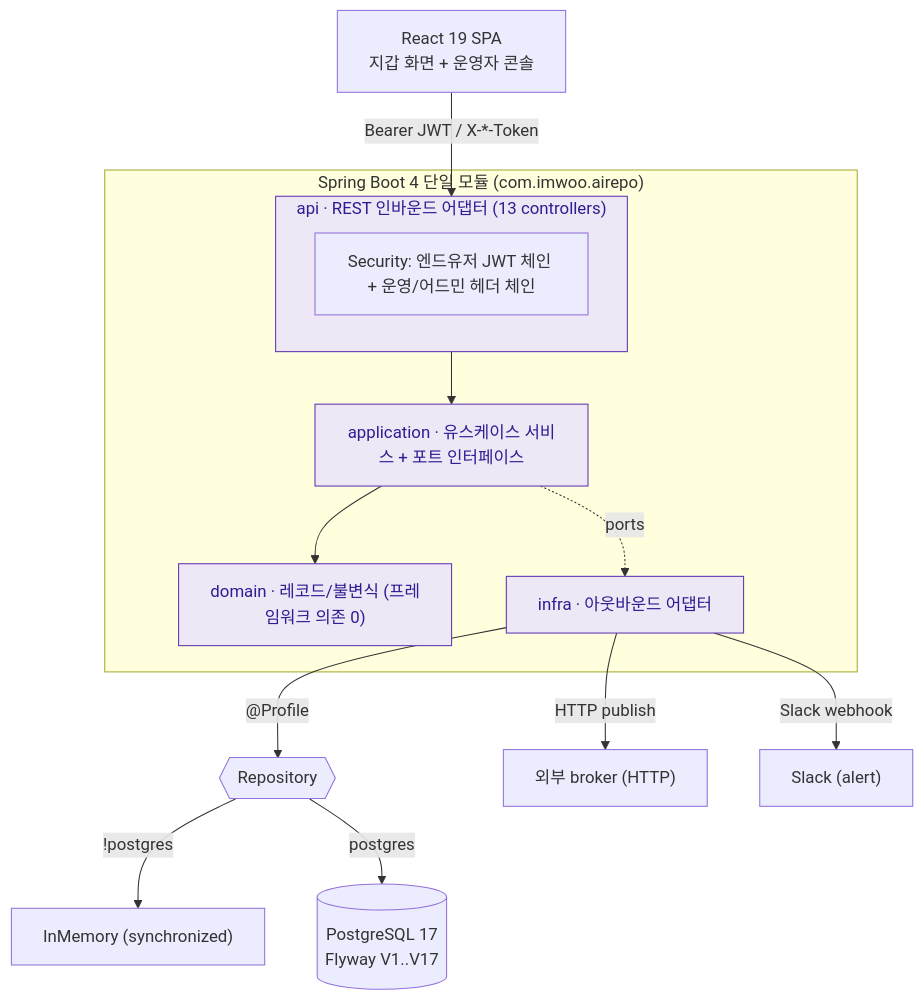
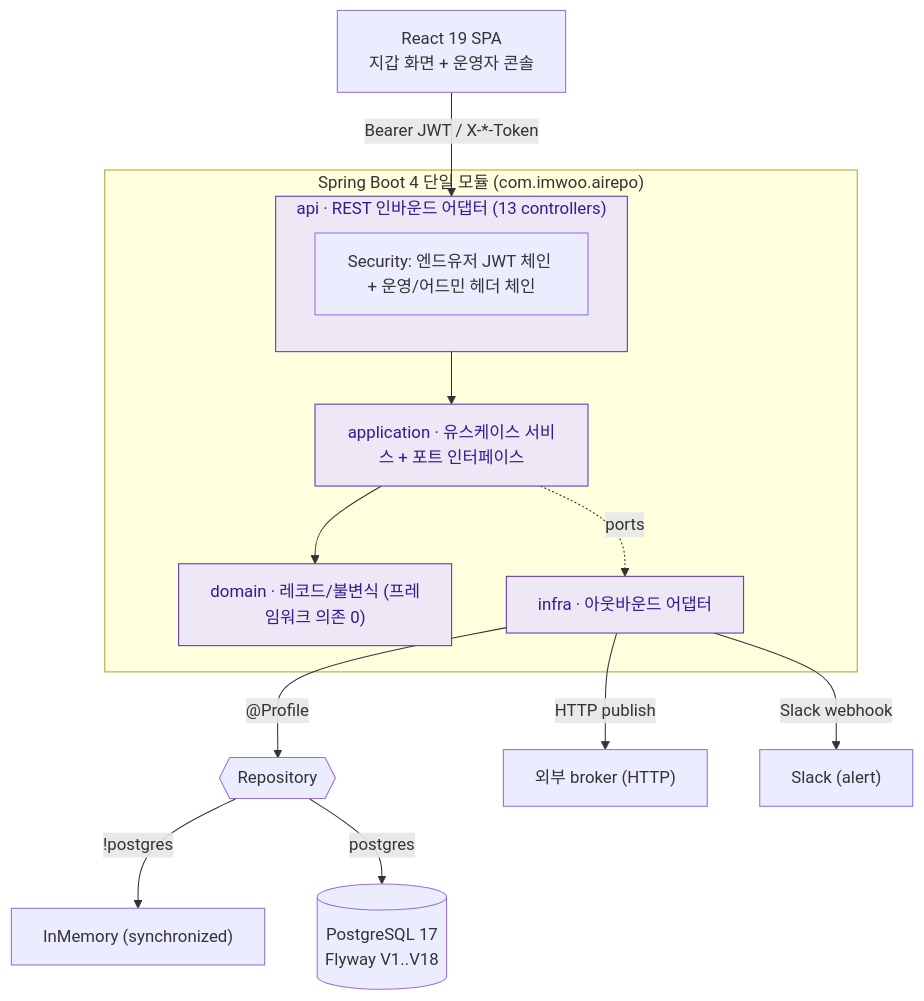
The first of 4 diagrams in docs/ARCHITECTURE.md (IMWoo94/ai-repo), drawn with Mermaid before and after one commit. The commit also changed other lines of this file and 6 other files, not shown here.

````diff
--- a/docs/ARCHITECTURE.md
+++ b/docs/ARCHITECTURE.md
@@ -7,25 +7,25 @@
 ```mermaid
 flowchart TB
     UI["React 19 SPA<br/>지갑 화면 + 운영자 콘솔"] -->|"Bearer JWT / X-*-Token"| API
 
     subgraph APP["Spring Boot 4 단일 모듈 (com.imwoo.airepo)"]
       subgraph API["api · REST 인바운드 어댑터 (13 controllers)"]
         SECU["Security: 엔드유저 JWT 체인 + 운영/어드민 헤더 체인"]
       end
       APPL["application · 유스케이스 서비스 + 포트 인터페이스"]
       DOM["domain · 레코드/불변식 (프레임워크 의존 0)"]
       INFRA["infra · 아웃바운드 어댑터"]
       API --> APPL --> DOM
       APPL -.ports.-> INFRA
     end
 
     INFRA -->|"@Profile"| DB
     DB{{"Repository"}}
     DB -->|"!postgres"| MEM["InMemory (synchronized)"]
-    DB -->|"postgres"| PG[("PostgreSQL 17<br/>Flyway V1..V17")]
+    DB -->|"postgres"| PG[("PostgreSQL 17<br/>Flyway V1..V18")]
     INFRA -->|"HTTP publish"| BROKER["외부 broker (HTTP)"]
     INFRA -->|"Slack webhook"| SLACK["Slack (alert)"]
 
     classDef c fill:#EDE7F6,stroke:#5E35B1,color:#311B92;
     class API,APPL,DOM,INFRA c;
 ```
````
